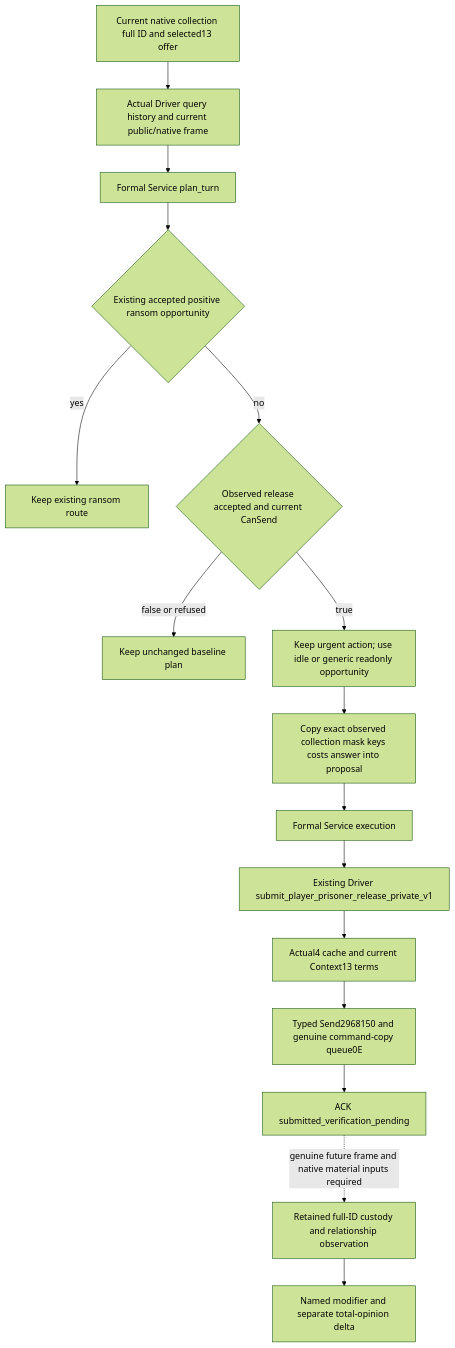
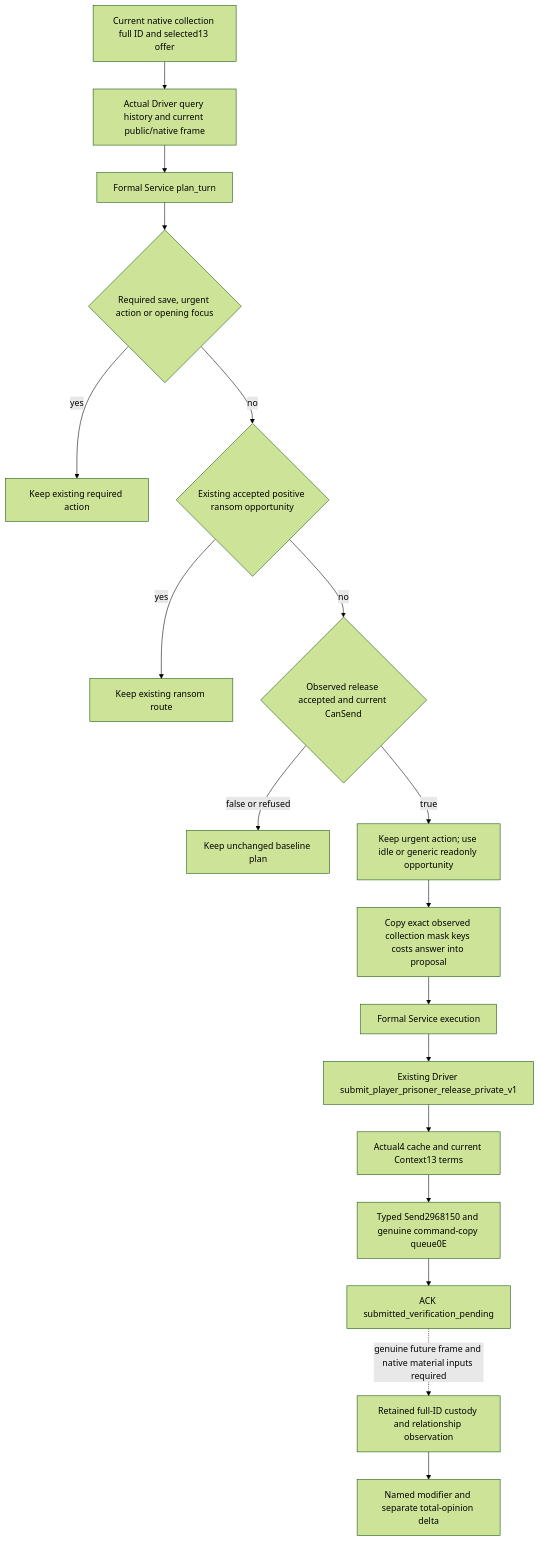
Before and after one commit to XenoAmess/ck3_eternal_recurrence: the diagram in docs/ck3-native-ai/prisoner-release-formal-service-12004.md, drawn with Mermaid (forest theme). The commit also changed other lines of this file, not shown here.

````diff
--- a/docs/ck3-native-ai/prisoner-release-formal-service-12004.md
+++ b/docs/ck3-native-ai/prisoner-release-formal-service-12004.md
@@ -52,18 +52,20 @@
 ```mermaid
 flowchart TD
   A[Current native collection full ID and selected13 offer] --> B[Actual Driver query history and current public/native frame]
   B --> C[Formal Service plan_turn]
-  C --> D{Existing accepted positive ransom opportunity}
+  C --> Q{Required save, urgent action or opening focus}
+  Q -->|yes| R[Keep existing required action]
+  Q -->|no| D{Existing accepted positive ransom opportunity}
   D -->|yes| E[Keep existing ransom route]
   D -->|no| F{Observed release accepted and current CanSend}
   F -->|false or refused| G[Keep unchanged baseline plan]
   F -->|true| H[Keep urgent action; use idle or generic readonly opportunity]
   H --> I[Copy exact observed collection mask keys costs answer into proposal]
   I --> J[Formal Service execution]
   J --> K[Existing Driver submit_player_prisoner_release_private_v1]
   K --> L[Actual4 cache and current Context13 terms]
   L --> M[Typed Send2968150 and genuine command-copy queue0E]
   M --> N[ACK submitted_verification_pending]
   N -. genuine future frame and native material inputs required .-> O[Retained full-ID custody and relationship observation]
   O --> P[Named modifier and separate total-opinion delta]
 ```
````
